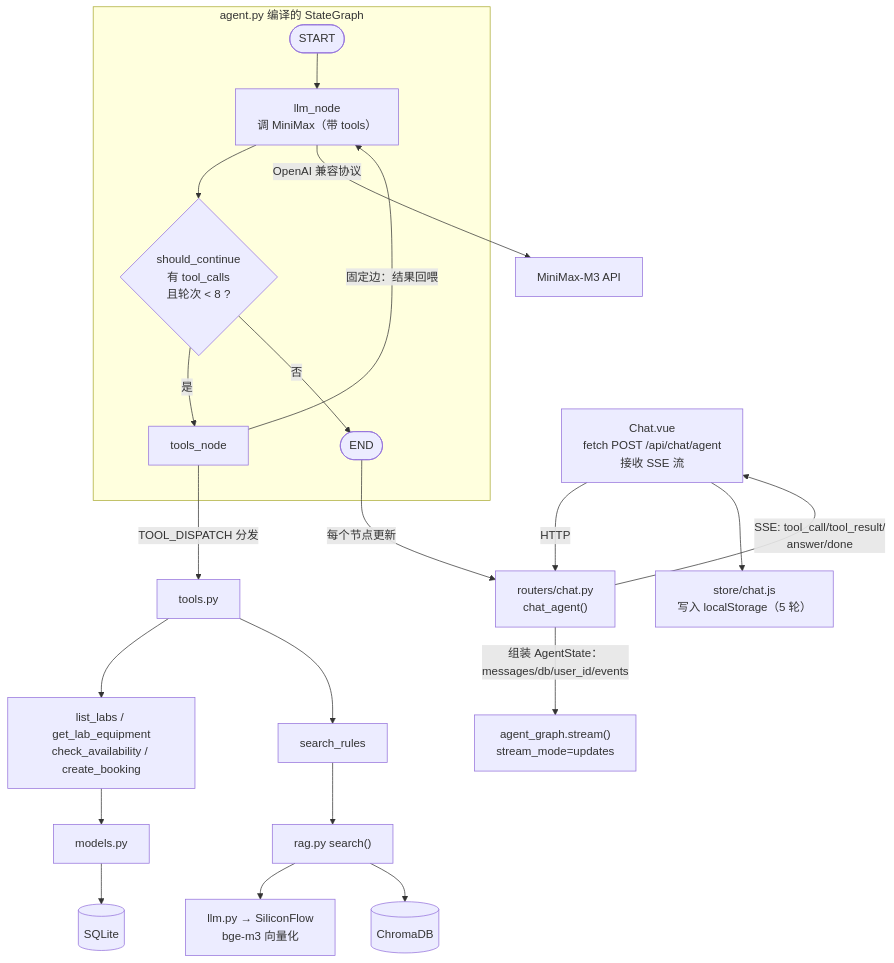
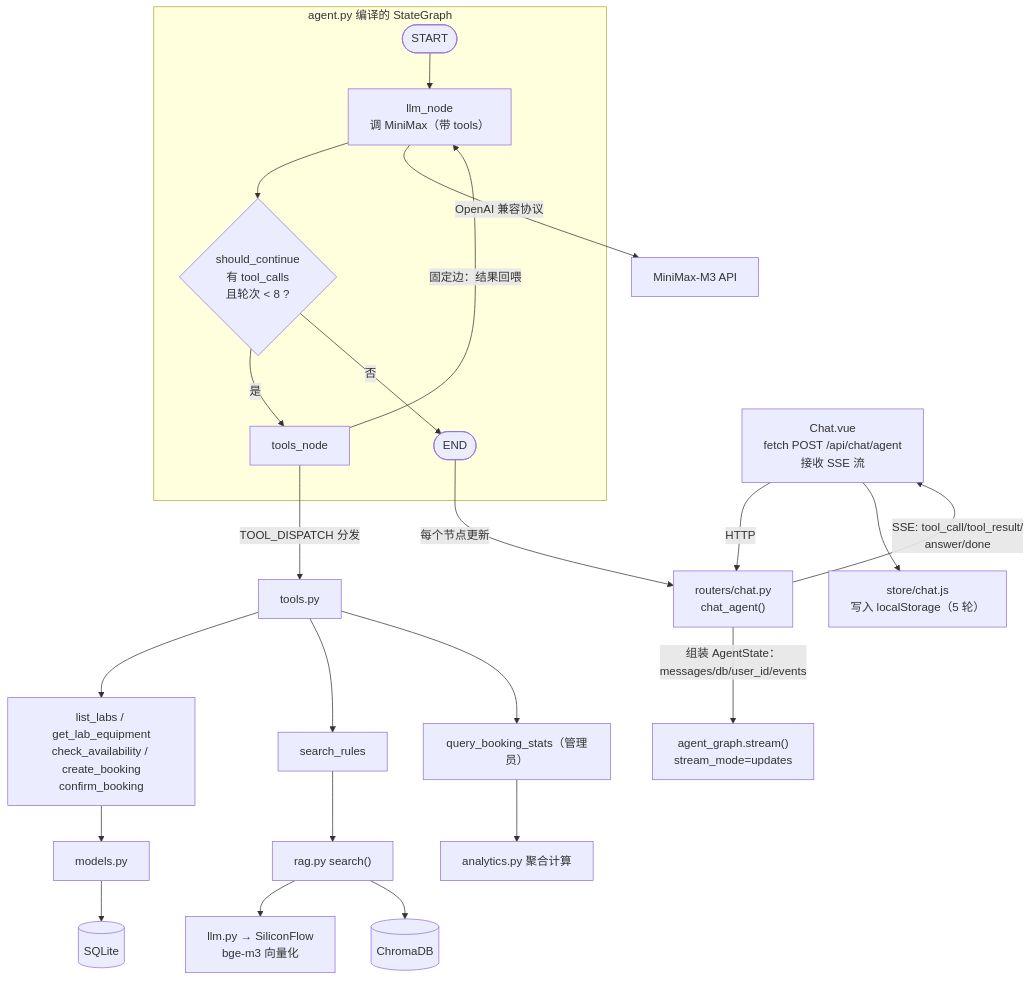
Before and after one commit to BOFdcb/Intelligent-Laboratory-Reservation-System: the fourth of 5 diagrams in README.md, drawn with Mermaid. The commit also changed other lines of this file and 31 other files, not shown here.

````diff
--- a/README.md
+++ b/README.md
@@ -187,26 +245,28 @@
 ```mermaid
 flowchart TD
     CV["Chat.vue<br/>fetch POST /api/chat/agent<br/>接收 SSE 流"] -->|"HTTP"| CHAT["routers/chat.py<br/>chat_agent()"]
     CHAT -->|"组装 AgentState：<br/>messages/db/user_id/events"| STREAM["agent_graph.stream()<br/>stream_mode=updates"]
 
     subgraph GRAPH["agent.py 编译的 StateGraph"]
         START([START]) --> LLM["llm_node<br/>调 MiniMax（带 tools）"]
         LLM --> COND{"should_continue<br/>有 tool_calls<br/>且轮次 < 8 ?"}
         COND -->|"是"| TOOL["tools_node"]
         TOOL -->|"固定边：结果回喂"| LLM
         COND -->|"否"| ENDNODE([END])
     end
 
     LLM -->|"OpenAI 兼容协议"| MINI["MiniMax-M3 API"]
     TOOL -->|"TOOL_DISPATCH 分发"| TOOLS["tools.py"]
-    TOOLS --> T1["list_labs / get_lab_equipment<br/>check_availability / create_booking"]
+    TOOLS --> T1["list_labs / get_lab_equipment<br/>check_availability / create_booking<br/>confirm_booking"]
     TOOLS --> T2["search_rules"]
+    TOOLS --> T3["query_booking_stats（管理员）"]
     T1 --> MODELS["models.py"] --> DB[("SQLite")]
     T2 --> RAGF["rag.py search()"]
+    T3 --> ANA["analytics.py 聚合计算"]
     RAGF --> EMB["llm.py → SiliconFlow<br/>bge-m3 向量化"]
     RAGF --> CHROMA[("ChromaDB")]
 
     ENDNODE -->|"每个节点更新"| CHAT
     CHAT -->|"SSE: tool_call/tool_result/<br/>answer/done"| CV
     CV --> CHATST["store/chat.js<br/>写入 localStorage（5 轮）"]
 ```
````
